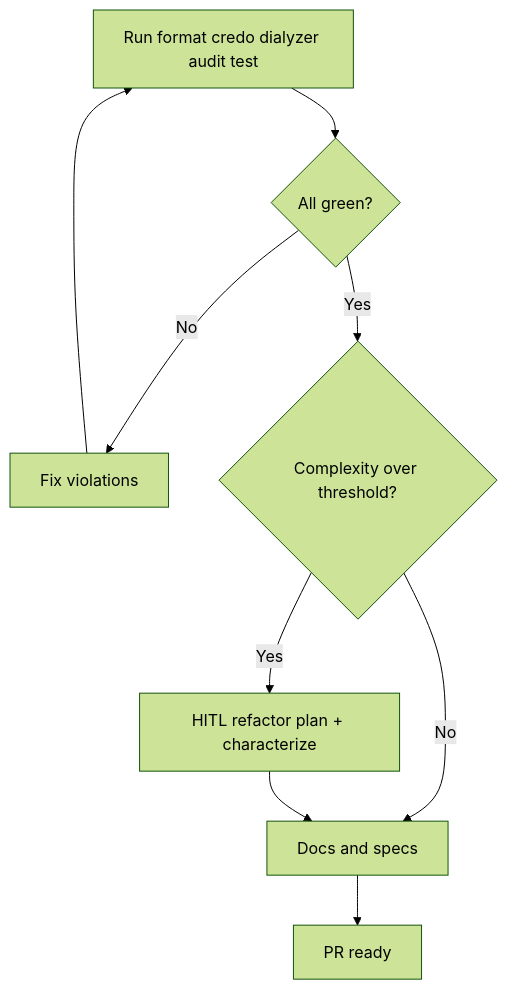
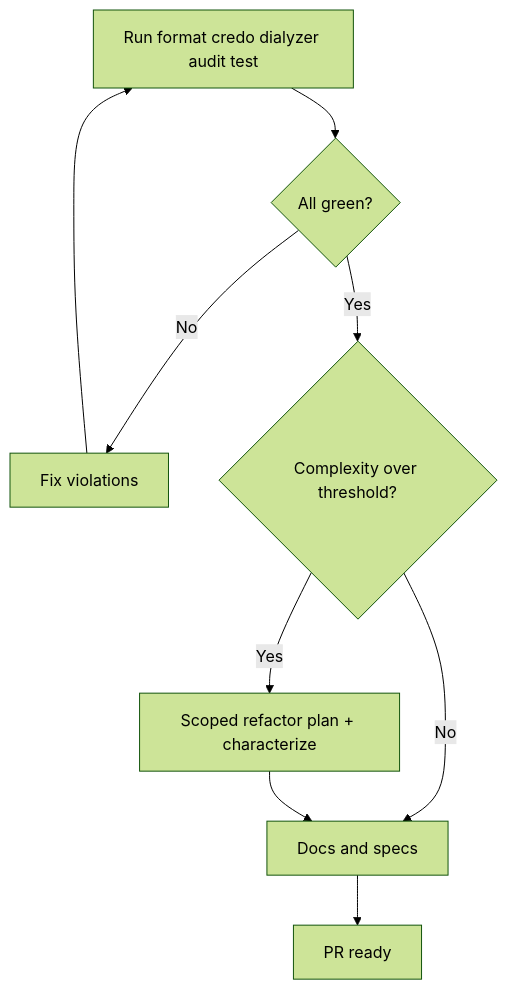
Before and after one commit to igmarin/elixir-phoenix-skills: the diagram in skills/quality/SKILL.md, drawn with Mermaid (forest theme). The commit also changed other lines of this file and 17 other files, not shown here.

````diff
--- a/skills/quality/SKILL.md
+++ b/skills/quality/SKILL.md
@@ -48,11 +48,11 @@
 ```mermaid
 flowchart TD
   A[Run format credo dialyzer audit test] --> B{All green?}
   B -->|No| C[Fix violations]
   C --> A
   B -->|Yes| D{Complexity over threshold?}
   D -->|No| F[Docs and specs]
-  D -->|Yes| E[HITL refactor plan + characterize]
+  D -->|Yes| E[Scoped refactor plan + characterize]
   E --> F
   F --> G[PR ready]
 ```
````
